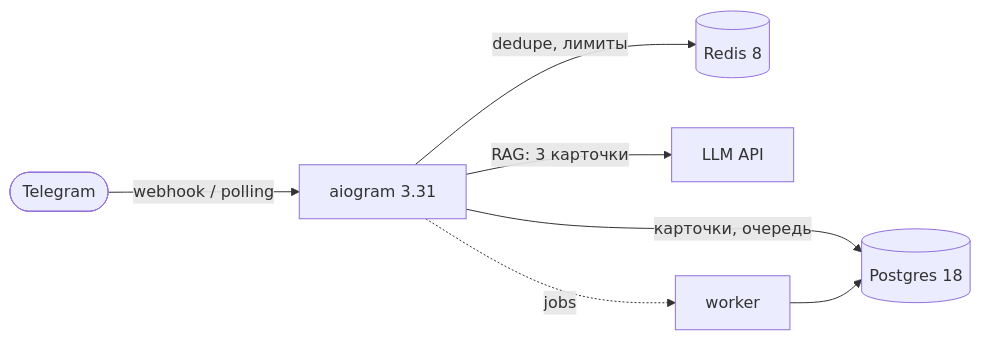
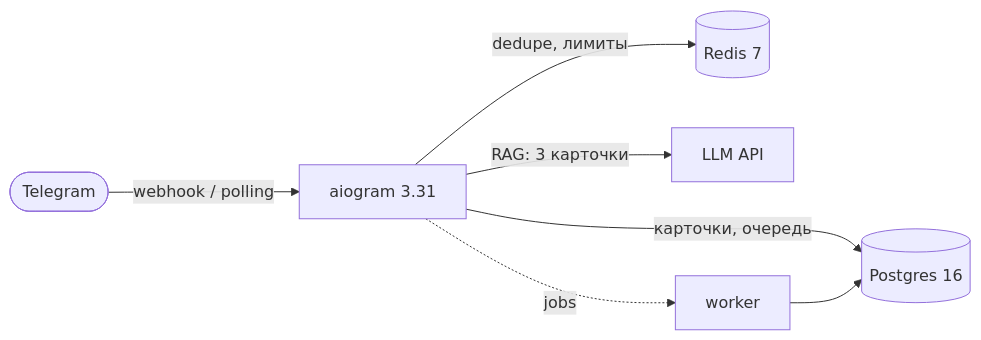
One commit to lukavtz/byte-guardian changed the diagram in README.md. Above: the diagram before and after it, drawn with Mermaid. The commit also changed other lines of this file and 2 other files, not shown here.

````diff
--- a/README.md
+++ b/README.md
@@ -85,9 +87,9 @@
 ```mermaid
 flowchart LR
   TG([Telegram]) -->|webhook / polling| BOT[aiogram 3.31]
-  BOT -->|карточки, очередь| PG[(Postgres 18)]
-  BOT -->|dedupe, лимиты| RD[(Redis 8)]
+  BOT -->|карточки, очередь| PG[(Postgres 16)]
+  BOT -->|dedupe, лимиты| RD[(Redis 7)]
   BOT -->|RAG: 3 карточки| LLM[LLM API]
   BOT -.->|jobs| W[worker]
   W --> PG
 ```
````
